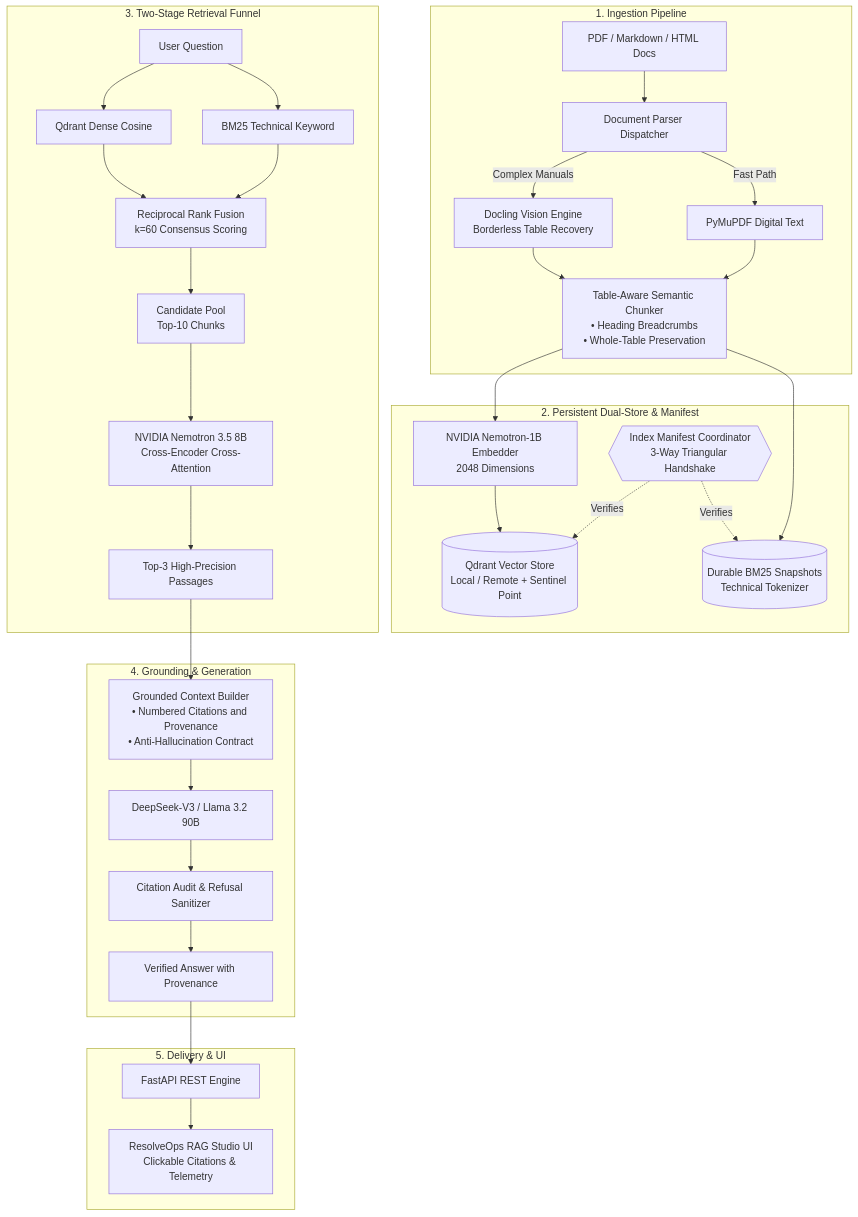
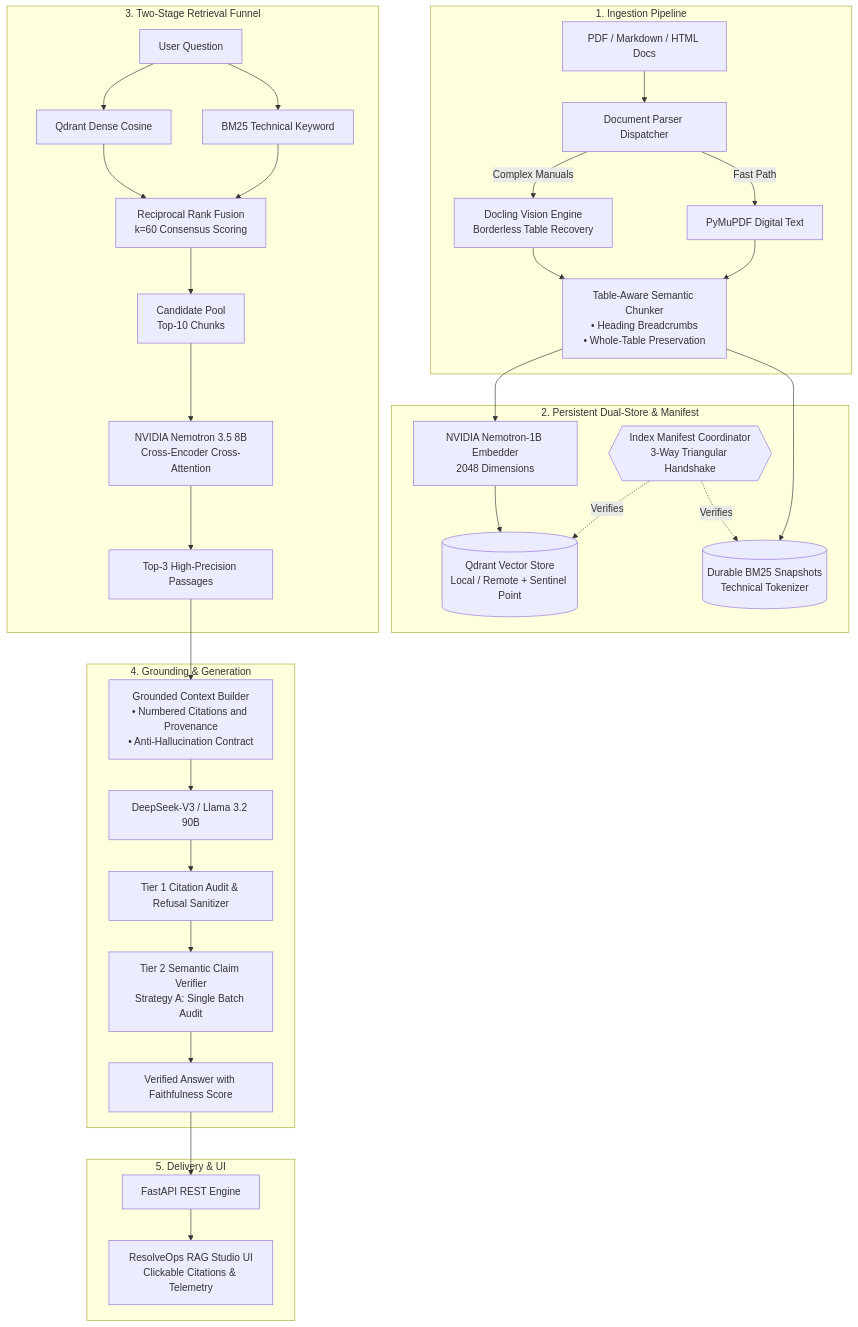
The diagram in README.md (uds822/resolveops), drawn with Mermaid before and after one commit. The commit also changed other lines of this file and 42 other files, not shown here.

````diff
--- a/README.md
+++ b/README.md
@@ -18,40 +18,41 @@
 ```mermaid
 flowchart TD
     subgraph Ingestion ["1. Ingestion Pipeline"]
         PDF["PDF / Markdown / HTML Docs"] --> Router["Document Parser Dispatcher"]
         Router -->|Complex Manuals| Docling["Docling Vision Engine<br/>Borderless Table Recovery"]
         Router -->|Fast Path| PyMuPDF["PyMuPDF Digital Text"]
         Docling --> Chunker["Table-Aware Semantic Chunker<br/>• Heading Breadcrumbs<br/>• Whole-Table Preservation"]
         PyMuPDF --> Chunker
     end
 
     subgraph Storage ["2. Persistent Dual-Store & Manifest"]
         Chunker --> Embedder["NVIDIA Nemotron-1B Embedder<br/>2048 Dimensions"]
         Embedder --> Qdrant[("Qdrant Vector Store<br/>Local / Remote + Sentinel Point")]
         Chunker --> BM25[("Durable BM25 Snapshots<br/>Technical Tokenizer")]
         Manifest{{"Index Manifest Coordinator<br/>3-Way Triangular Handshake"}} -. Verifies .-> Qdrant
         Manifest -. Verifies .-> BM25
     end
 
     subgraph Retrieval ["3. Two-Stage Retrieval Funnel"]
         Query["User Question"] --> S1_Dense["Qdrant Dense Cosine"]
         Query --> S1_Sparse["BM25 Technical Keyword"]
         S1_Dense --> RRF["Reciprocal Rank Fusion<br/>k=60 Consensus Scoring"]
         S1_Sparse --> RRF
         RRF --> Pool["Candidate Pool<br/>Top-10 Chunks"]
         Pool --> Reranker["NVIDIA Nemotron 3.5 8B<br/>Cross-Encoder Cross-Attention"]
         Reranker --> TopK["Top-3 High-Precision Passages"]
     end
 
     subgraph Generation ["4. Grounding & Generation"]
         TopK --> Builder["Grounded Context Builder<br/>• Numbered Citations and Provenance<br/>• Anti-Hallucination Contract"]
         Builder --> LLM["DeepSeek-V3 / Llama 3.2 90B"]
-        LLM --> Sanitizer["Citation Audit & Refusal Sanitizer"]
-        Sanitizer --> Response["Verified Answer with Provenance"]
+        LLM --> Sanitizer["Tier 1 Citation Audit & Refusal Sanitizer"]
+        Sanitizer --> Verifier["Tier 2 Semantic Claim Verifier<br/>Strategy A: Single Batch Audit"]
+        Verifier --> Response["Verified Answer with Faithfulness Score"]
     end
 
     subgraph Serving ["5. Delivery & UI"]
         Response --> API["FastAPI REST Engine"]
         API --> Studio["ResolveOps RAG Studio UI<br/>Clickable Citations & Telemetry"]
     end
 ```
````
